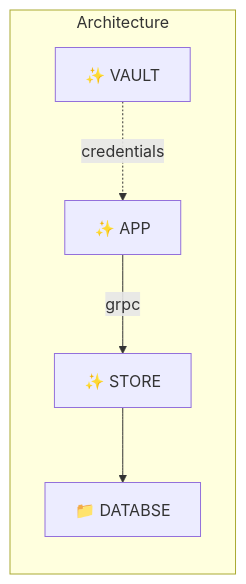
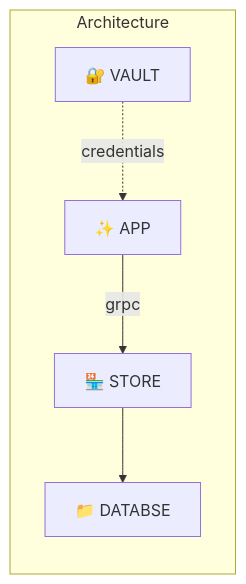
Before and after one commit to andytruong/tammy: the diagram in README.md, drawn with Mermaid. The commit also changed other lines of this file, not shown here.

````diff
--- a/README.md
+++ b/README.md
@@ -4,9 +4,9 @@
 ```mermaid
 graph LR
 
 subgraph Architecture
-	vault["✨ VAULT"] -. "credentials" .-> app["✨ APP"]
-	app -- grpc --> store["✨ STORE"]
+	vault["🔐 VAULT"] -. "credentials" .-> app["✨ APP"]
+	app -- grpc --> store["🏪 STORE"]
 	store --> database["📁 DATABSE"]
 end
 ```
````
